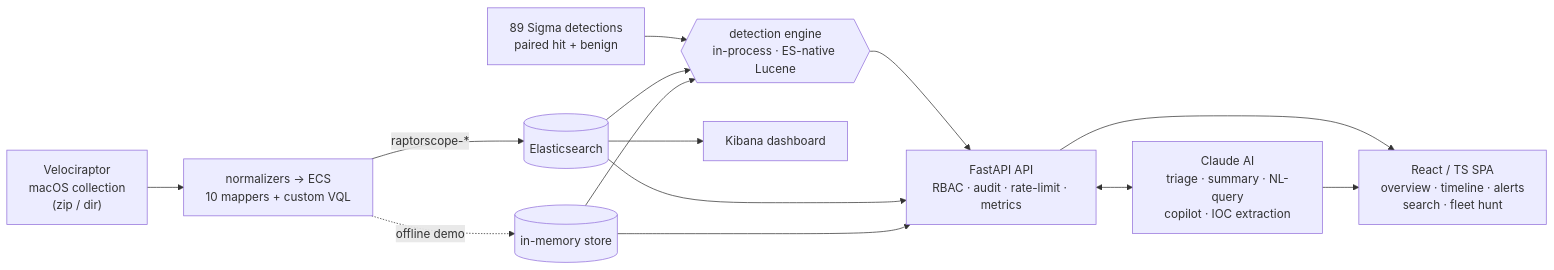
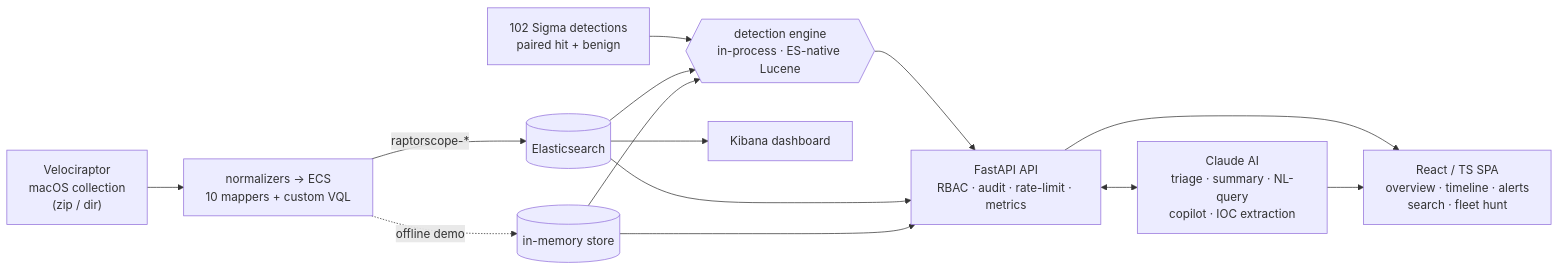
The diagram in README.md (cac0ns3c/Raptorscope), drawn with Mermaid before and after one commit. The commit also changed other lines of this file and 17 other files, not shown here.

````diff
--- a/README.md
+++ b/README.md
@@ -56,16 +56,16 @@
 ```mermaid
 flowchart LR
   VR["Velociraptor<br/>macOS collection<br/>(zip / dir)"] --> N["normalizers → ECS<br/>10 mappers + custom VQL"]
   N -->|"raptorscope-*"| ES[("Elasticsearch")]
   N -.->|"offline demo"| MEM[("in-memory store")]
-  RULES["89 Sigma detections<br/>paired hit + benign"] --> DET
+  RULES["102 Sigma detections<br/>paired hit + benign"] --> DET
   ES --> DET{{"detection engine<br/>in-process · ES-native Lucene"}}
   MEM --> DET
   DET --> API["FastAPI API<br/>RBAC · audit · rate-limit · metrics"]
   ES --> API
   MEM --> API
   API --> SPA["React / TS SPA<br/>overview · timeline · alerts<br/>search · fleet hunt"]
   API <--> AI["Claude AI<br/>triage · summary · NL-query<br/>copilot · IOC extraction"]
   AI --> SPA
   ES --> KB["Kibana dashboard"]
 ```
````
